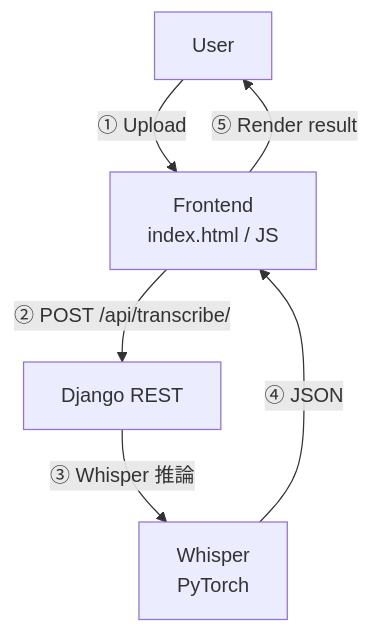
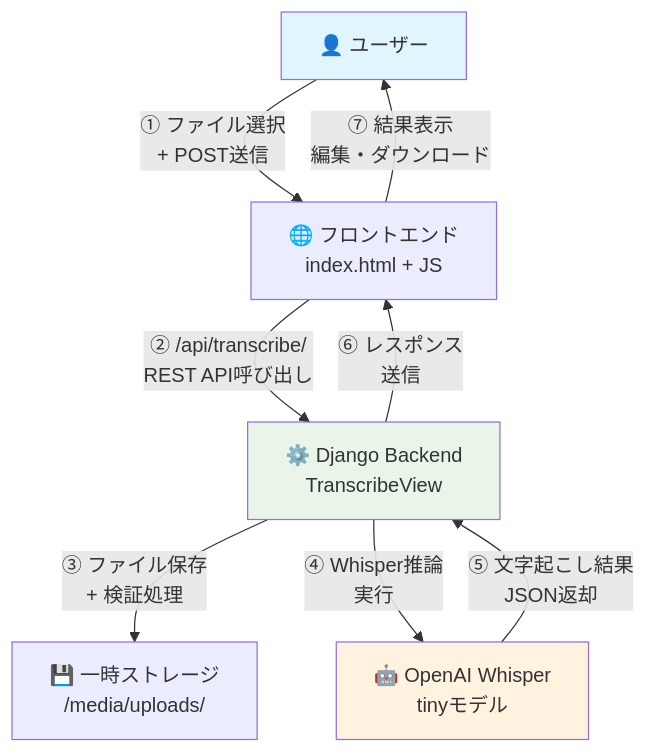
One commit to haruki0619/whisper-web-app changed the diagram in README.md. Above: the diagram before and after it, drawn with Mermaid. The commit also changed other lines of this file, not shown here.

````diff
--- a/README.md
+++ b/README.md
@@ -61,8 +81,14 @@
 ```mermaid
 flowchart TD
-  U["User"] -->|"① Upload"| FE["Frontend<br>index.html / JS"]
-  FE -->|"② POST /api/transcribe/"| API["Django REST"]
-  API -->|"③ Whisper 推論"| W[Whisper<br>PyTorch]
-  W -->|"④ JSON"| FE
-  FE -->|"⑤ Render result"| U
+    U["👤 ユーザー"] -->|"① ファイル選択<br/>+ POST送信"| FE["🌐 フロントエンド<br/>index.html + JS"]
+    FE -->|"② /api/transcribe/<br/>REST API呼び出し"| BE["⚙️ Django Backend<br/>TranscribeView"]
+    BE -->|"③ ファイル保存<br/>+ 検証処理"| FS["💾 一時ストレージ<br/>/media/uploads/"]
+    BE -->|"④ Whisper推論<br/>実行"| AI["🤖 OpenAI Whisper<br/>tinyモデル"]
+    AI -->|"⑤ 文字起こし結果<br/>JSON返却"| BE
+    BE -->|"⑥ レスポンス<br/>送信"| FE
+    FE -->|"⑦ 結果表示<br/>編集・ダウンロード"| U
+    
+    style U fill:#e1f5fe
+    style AI fill:#fff3e0
+    style BE fill:#e8f5e8
 ```
````
